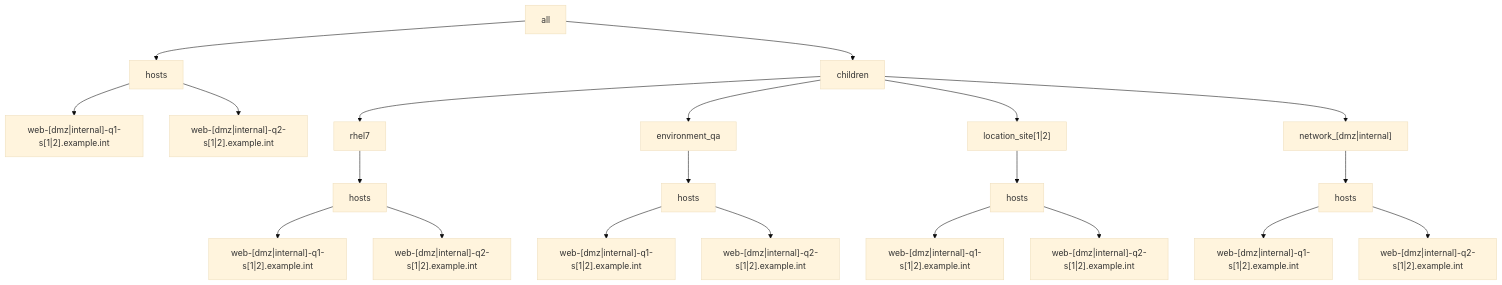
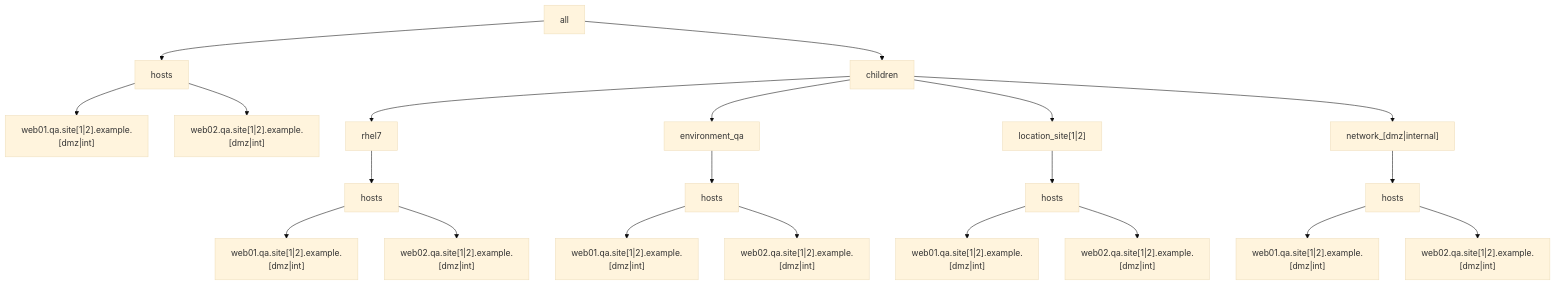
The second of 2 diagrams in docs/ansible/ansible-multiple-yaml-inventories/example4/README.md (lj020326/ansible-datacenter), drawn with Mermaid (base theme) before and after one commit. The commit also changed other lines of this file and 49 other files, not shown here.

````diff
--- a/docs/ansible/ansible-multiple-yaml-inventories/example4/README.md
+++ b/docs/ansible/ansible-multiple-yaml-inventories/example4/README.md
@@ -27,23 +27,23 @@
 ```mermaid
 graph TD;
     A[all] --> C[hosts]
     A[all] --> D[children]
-    C --> I["web-[dmz|internal]-q1-s[1|2].example.int"]
-    C --> J["web-[dmz|internal]-q2-s[1|2].example.int"]
+    C --> I["web01.qa.site[1|2].example.[dmz|int]"]
+    C --> J["web02.qa.site[1|2].example.[dmz|int]"]
     D --> E[rhel7]
     D --> F[environment_qa]
     D --> G["location_site[1|2]"]
     D --> H["network_[dmz|internal]"]
     E --> K[hosts]
-    K --> L["web-[dmz|internal]-q1-s[1|2].example.int"]
-    K --> M["web-[dmz|internal]-q2-s[1|2].example.int"]
+    K --> L["web01.qa.site[1|2].example.[dmz|int]"]
+    K --> M["web02.qa.site[1|2].example.[dmz|int]"]
     F --> N[hosts]
-    N --> O["web-[dmz|internal]-q1-s[1|2].example.int"]
-    N --> P["web-[dmz|internal]-q2-s[1|2].example.int"]
+    N --> O["web01.qa.site[1|2].example.[dmz|int]"]
+    N --> P["web02.qa.site[1|2].example.[dmz|int]"]
     G --> Q[hosts]
-    Q --> R["web-[dmz|internal]-q1-s[1|2].example.int"]
-    Q --> S["web-[dmz|internal]-q2-s[1|2].example.int"]
+    Q --> R["web01.qa.site[1|2].example.[dmz|int]"]
+    Q --> S["web02.qa.site[1|2].example.[dmz|int]"]
     H --> T[hosts]
-    T --> U["web-[dmz|internal]-q1-s[1|2].example.int"]
-    T --> W["web-[dmz|internal]-q2-s[1|2].example.int"]
+    T --> U["web01.qa.site[1|2].example.[dmz|int]"]
+    T --> W["web02.qa.site[1|2].example.[dmz|int]"]
 ```
````
